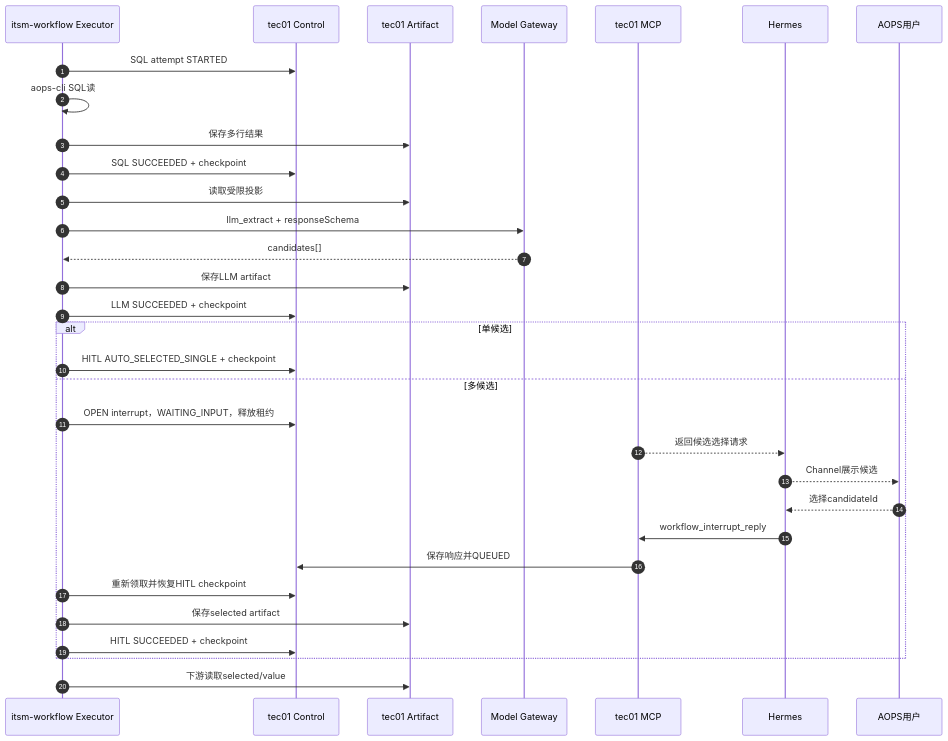
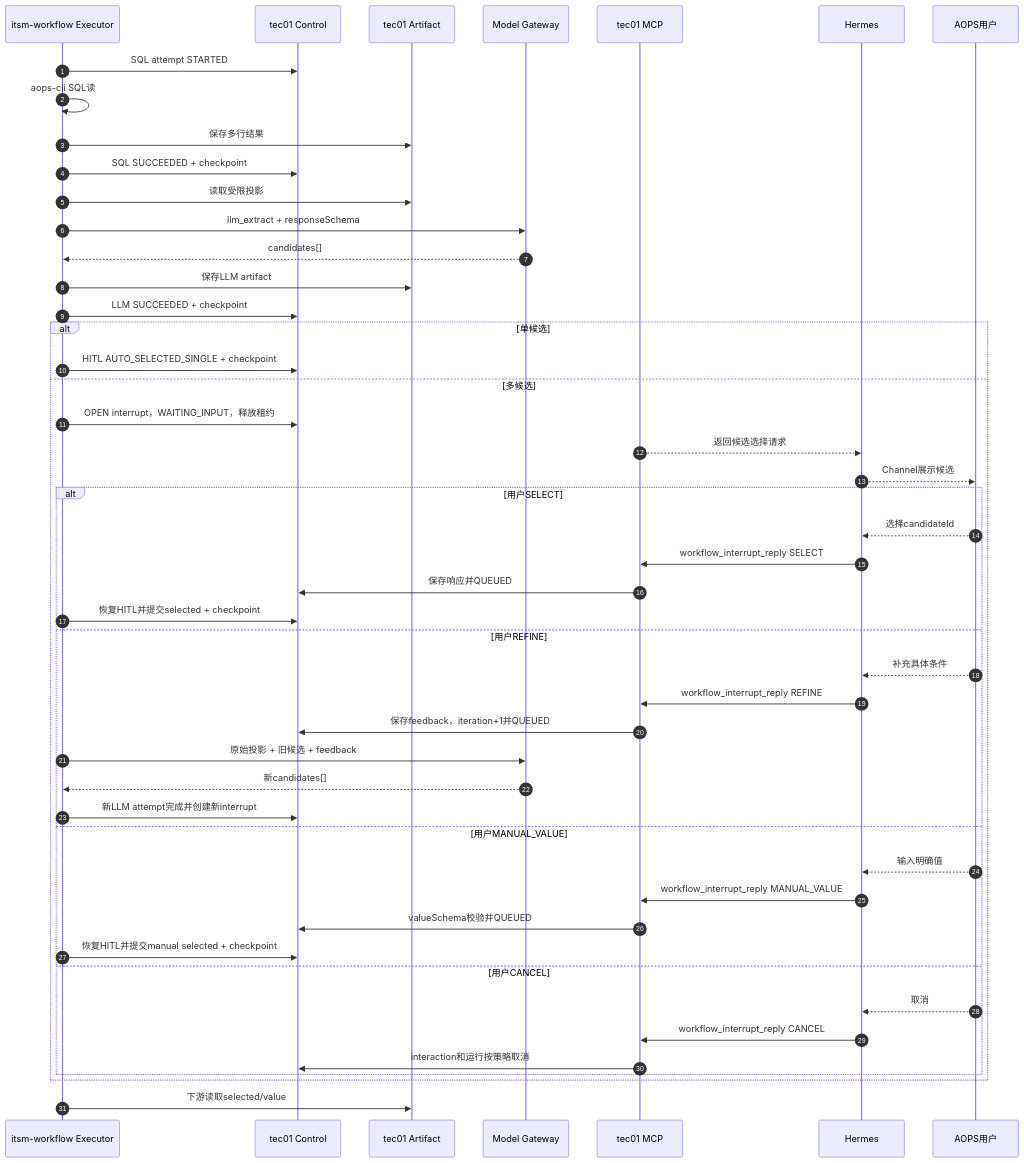
One commit to armin1024/itsm-workflow changed the fourth of 7 diagrams in docs/tec01-control-plane-split.md. Above: the diagram before and after it, drawn with Mermaid. The commit also changed other lines of this file and 1 other file, not shown here.

Commit message:
docs: add node debugging and HITL refinement loops

````diff
--- a/docs/tec01-control-plane-split.md
+++ b/docs/tec01-control-plane-split.md
@@ -331,35 +342,51 @@
 ```mermaid
 sequenceDiagram
     autonumber
     participant E as itsm-workflow Executor
     participant T as tec01 Control
     participant S as tec01 Artifact
     participant L as Model Gateway
     participant M as tec01 MCP
     participant H as Hermes
     participant U as AOPS用户
 
     E->>T: SQL attempt STARTED
     E->>E: aops-cli SQL读
     E->>S: 保存多行结果
     E->>T: SQL SUCCEEDED + checkpoint
     E->>S: 读取受限投影
     E->>L: llm_extract + responseSchema
     L-->>E: candidates[]
     E->>S: 保存LLM artifact
     E->>T: LLM SUCCEEDED + checkpoint
     alt 单候选
         E->>T: HITL AUTO_SELECTED_SINGLE + checkpoint
     else 多候选
         E->>T: OPEN interrupt，WAITING_INPUT，释放租约
         M-->>H: 返回候选选择请求
         H-->>U: Channel展示候选
-        U-->>H: 选择candidateId
-        H->>M: workflow_interrupt_reply
-        M->>T: 保存响应并QUEUED
-        E->>T: 重新领取并恢复HITL checkpoint
-        E->>S: 保存selected artifact
-        E->>T: HITL SUCCEEDED + checkpoint
+        alt 用户SELECT
+            U-->>H: 选择candidateId
+            H->>M: workflow_interrupt_reply SELECT
+            M->>T: 保存响应并QUEUED
+            E->>T: 恢复HITL并提交selected + checkpoint
+        else 用户REFINE
+            U-->>H: 补充具体条件
+            H->>M: workflow_interrupt_reply REFINE
+            M->>T: 保存feedback，iteration+1并QUEUED
+            E->>L: 原始投影 + 旧候选 + feedback
+            L-->>E: 新candidates[]
+            E->>T: 新LLM attempt完成并创建新interrupt
+        else 用户MANUAL_VALUE
+            U-->>H: 输入明确值
+            H->>M: workflow_interrupt_reply MANUAL_VALUE
+            M->>T: valueSchema校验并QUEUED
+            E->>T: 恢复HITL并提交manual selected + checkpoint
+        else 用户CANCEL
+            U-->>H: 取消
+            H->>M: workflow_interrupt_reply CANCEL
+            M->>T: interaction和运行按策略取消
+        end
     end
     E->>S: 下游读取selected/value
 ```
````
